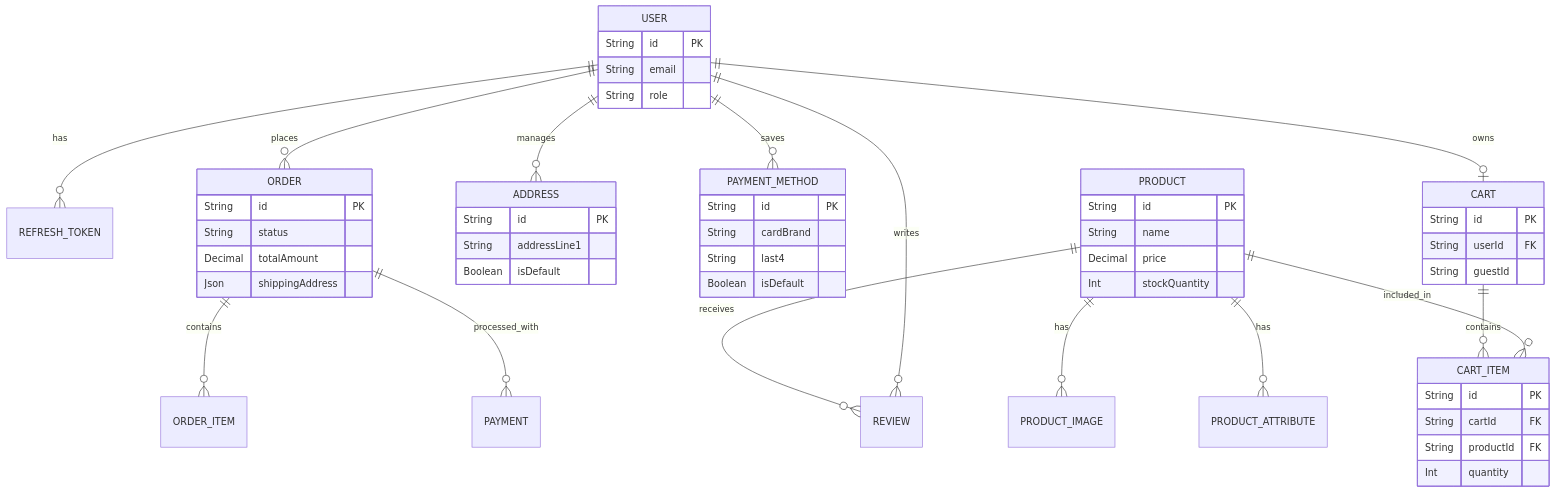
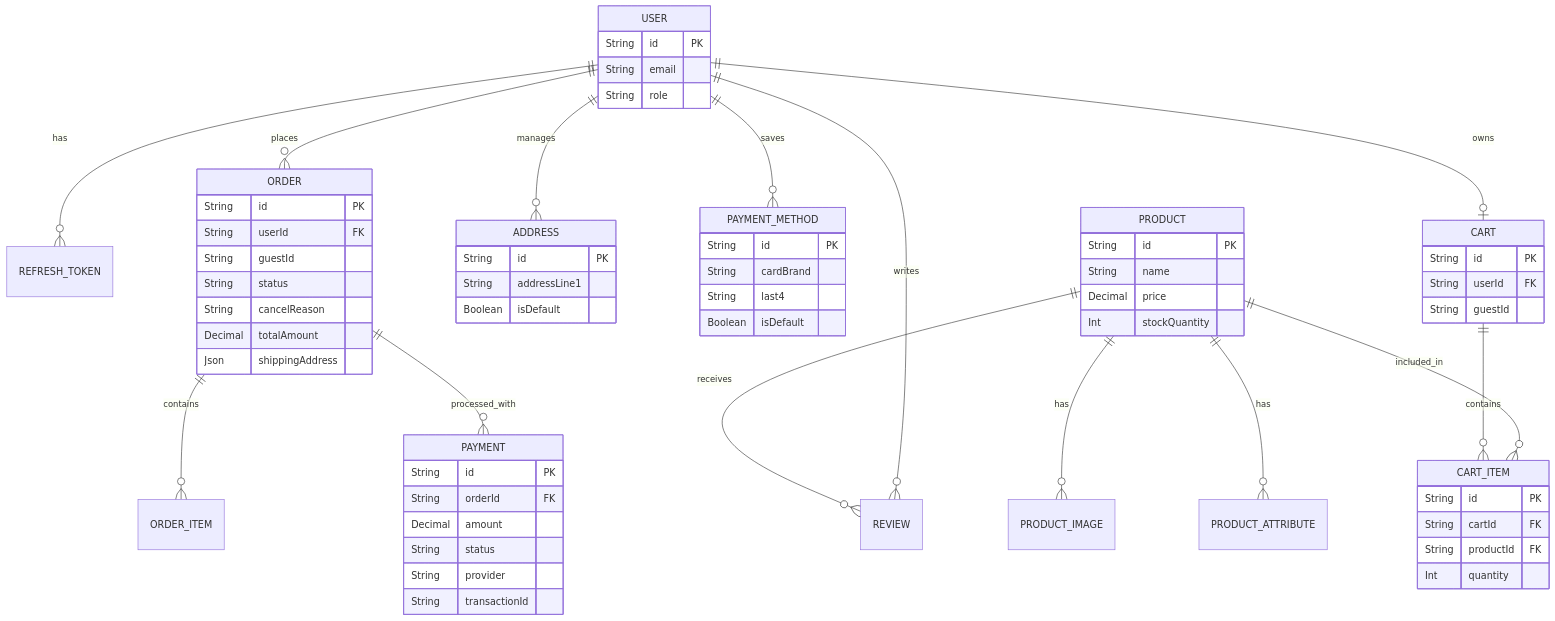
One commit to saliya1000/e-commerce changed the diagram in README.md. Above: the diagram before and after it, drawn with Mermaid. The commit also changed other lines of this file and 21 other files, not shown here.

Commit message:
feat: comprehensive architectural, security, and guest tracking updates

````diff
--- a/README.md
+++ b/README.md
@@ -96,61 +86,73 @@
 ```mermaid
 erDiagram
     USER ||--o{ REFRESH_TOKEN : has
     USER ||--o{ REVIEW : writes
     USER ||--o{ ORDER : places
     USER ||--o{ ADDRESS : manages
     USER ||--o{ PAYMENT_METHOD : saves
     USER ||--o| CART : owns
     USER {
         String id PK
         String email
         String role
     }
 
     PRODUCT ||--o{ PRODUCT_IMAGE : has
     PRODUCT ||--o{ PRODUCT_ATTRIBUTE : has
     PRODUCT ||--o{ REVIEW : receives
     PRODUCT ||--o{ CART_ITEM : included_in
     PRODUCT {
         String id PK
         String name
         Decimal price
         Int stockQuantity
     }
 
     CART ||--o{ CART_ITEM : contains
     CART {
         String id PK
         String userId FK
         String guestId
     }
 
     CART_ITEM {
         String id PK
         String cartId FK
         String productId FK
         Int quantity
     }
 
     ORDER ||--o{ ORDER_ITEM : contains
     ORDER ||--o{ PAYMENT : processed_with
     ORDER {
         String id PK
+        String userId FK
+        String guestId
         String status
+        String cancelReason
         Decimal totalAmount
         Json shippingAddress
+    }
+    
+    PAYMENT {
+        String id PK
+        String orderId FK
+        Decimal amount
+        String status
+        String provider
+        String transactionId
     }
     
     ADDRESS {
         String id PK
         String addressLine1
         Boolean isDefault
     }
     
     PAYMENT_METHOD {
         String id PK
         String cardBrand
         String last4
         Boolean isDefault
     }
 ```
````
